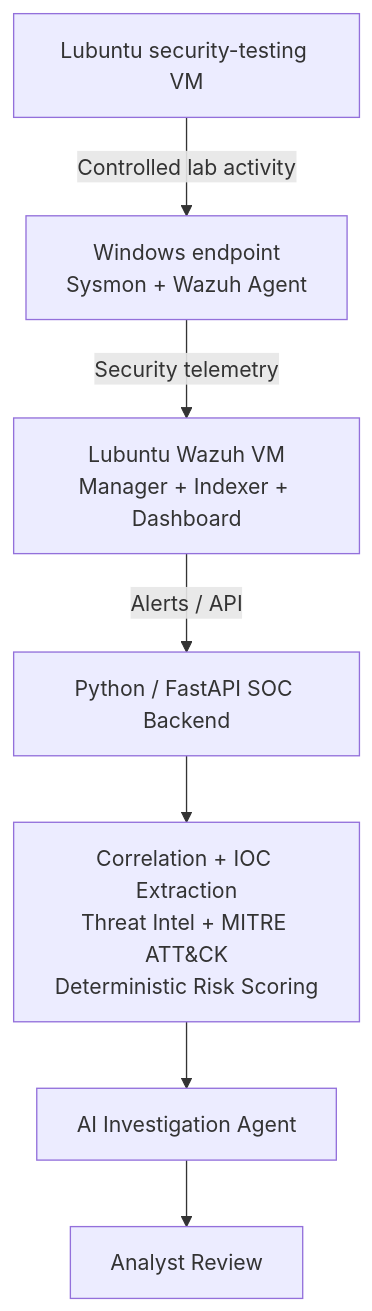
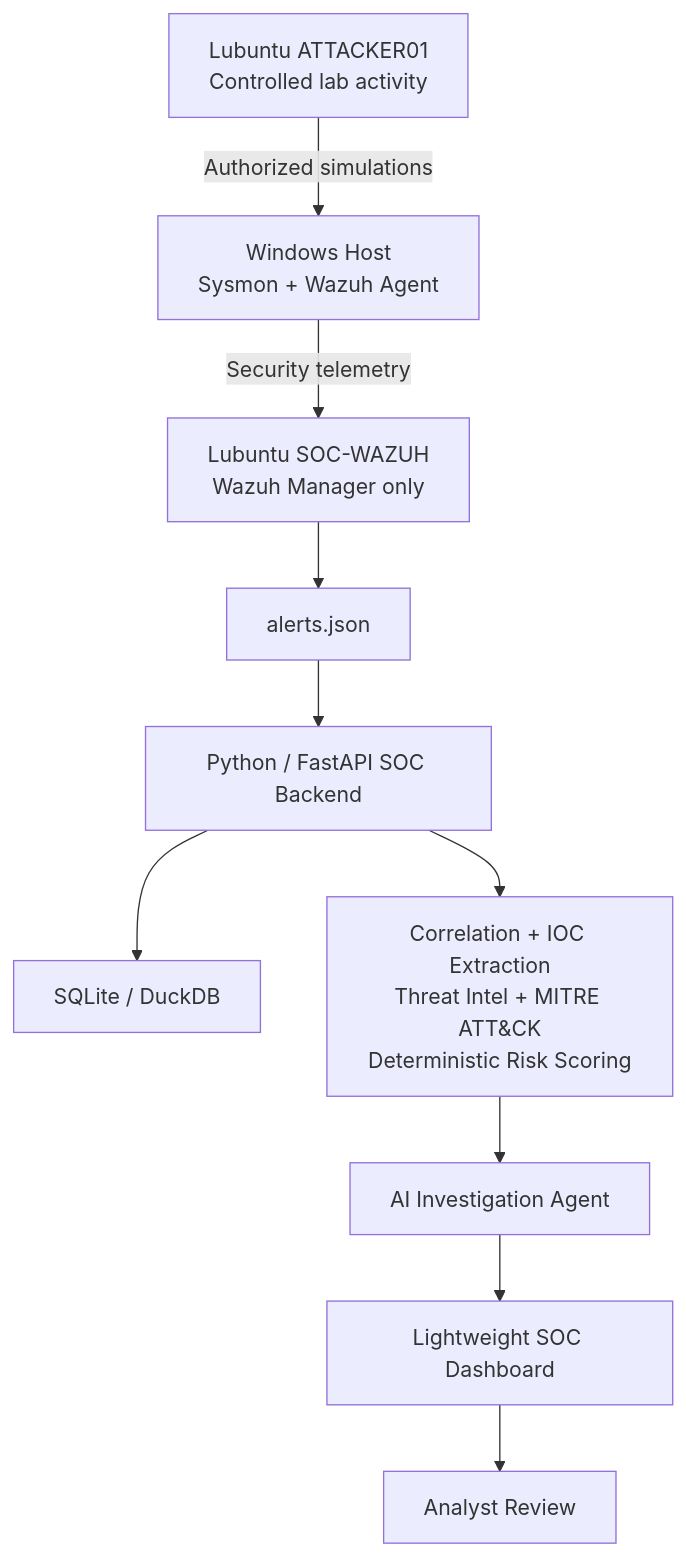
One commit to falconMer/ai-augmented-soc-lab changed the diagram in README.md. Above: the diagram before and after it, drawn with Mermaid. The commit also changed other lines of this file, not shown here.

Commit message:
docs: pivot to lightweight SOC architecture

````diff
--- a/README.md
+++ b/README.md
@@ -13,17 +15,23 @@
 ```mermaid
 flowchart TD
-    WIN[Windows endpoint\nSysmon + Wazuh Agent]
-    ATT[Lubuntu security-testing VM]
-    WAZ[Lubuntu Wazuh VM\nManager + Indexer + Dashboard]
+    WIN[Windows Host\nSysmon + Wazuh Agent]
+    ATT[Lubuntu ATTACKER01\nControlled lab activity]
+    WAZ[Lubuntu SOC-WAZUH\nWazuh Manager only]
+    JSON[alerts.json]
     API[Python / FastAPI SOC Backend]
+    DATA[SQLite / DuckDB]
     CORR[Correlation + IOC Extraction\nThreat Intel + MITRE ATT&CK\nDeterministic Risk Scoring]
     AI[AI Investigation Agent]
+    UI[Lightweight SOC Dashboard]
     HUMAN[Analyst Review]
 
-    ATT -->|Controlled lab activity| WIN
+    ATT -->|Authorized simulations| WIN
     WIN -->|Security telemetry| WAZ
-    WAZ -->|Alerts / API| API
+    WAZ --> JSON
+    JSON --> API
+    API --> DATA
     API --> CORR
     CORR --> AI
-    AI --> HUMAN
+    AI --> UI
+    UI --> HUMAN
 ```
````
